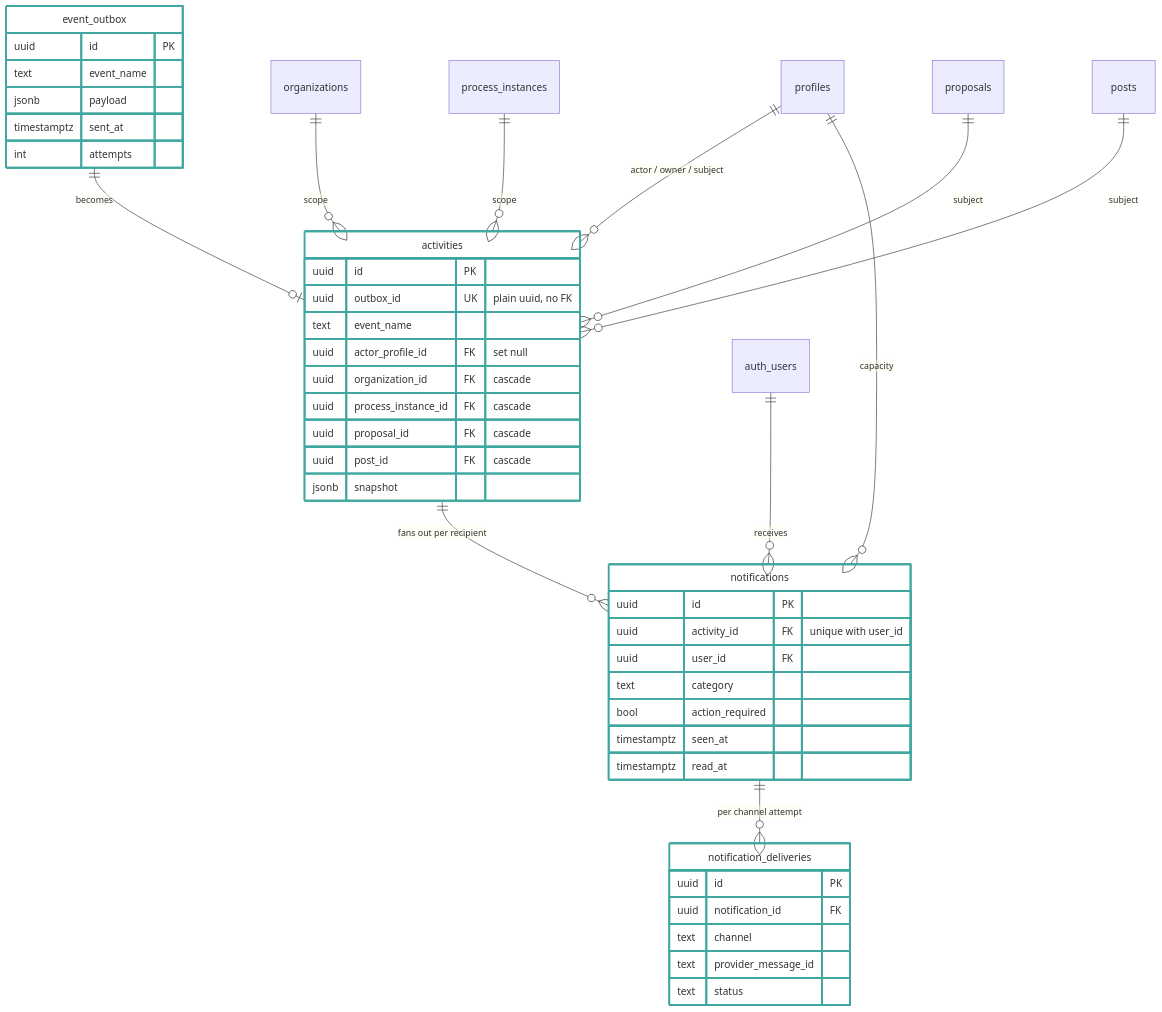
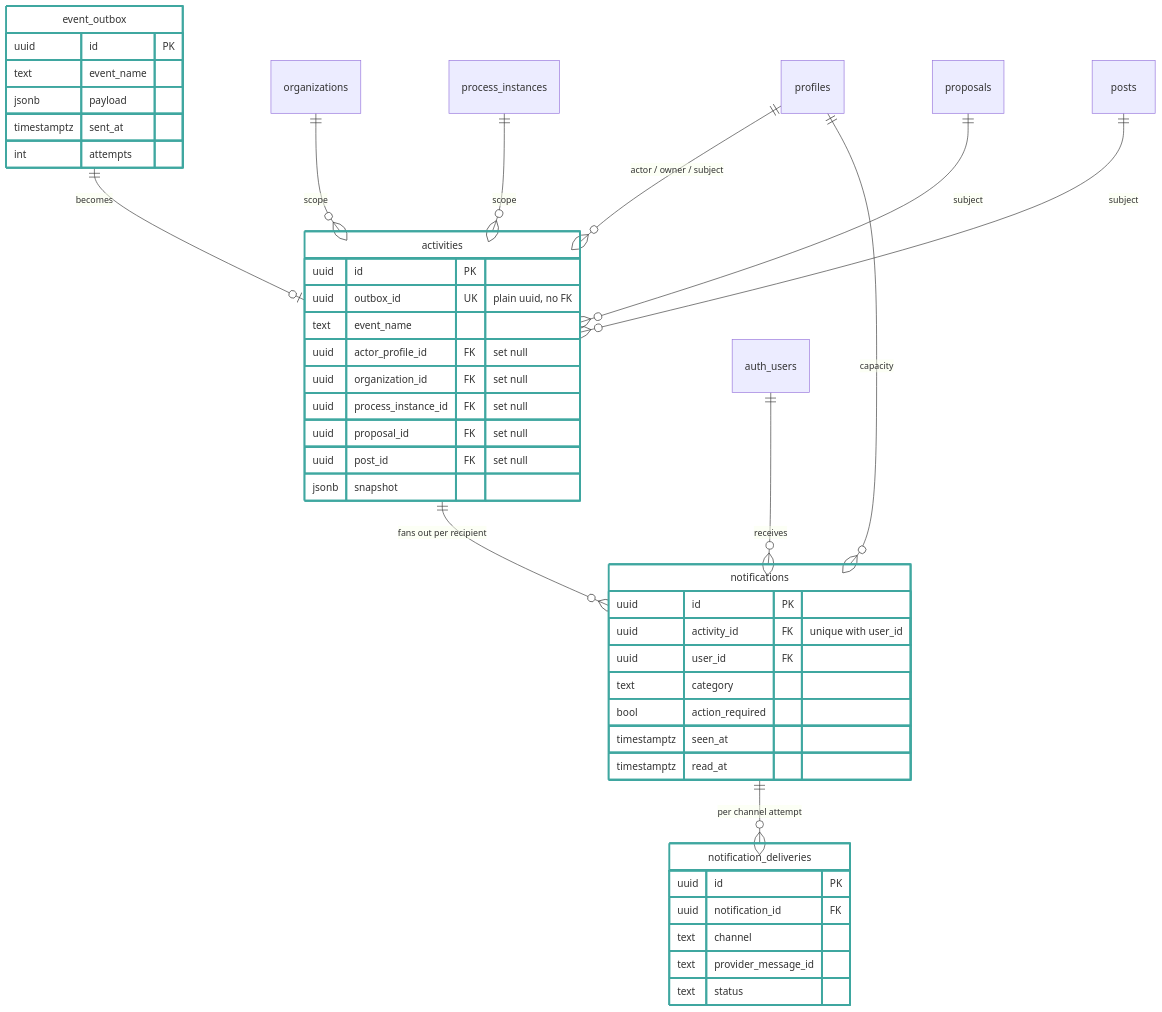
One commit to oneprojectorg/common changed the first of 2 diagrams in docs/adr/0023-store-notifications-behind-a-transactional-outbox.md. Above: the diagram before and after it, drawn with Mermaid. The commit also changed other lines of this file and 3 other files, not shown here.

````diff
--- a/docs/adr/0023-store-notifications-behind-a-transactional-outbox.md
+++ b/docs/adr/0023-store-notifications-behind-a-transactional-outbox.md
@@ -57,51 +57,51 @@
 ```mermaid
 erDiagram
   event_outbox {
     uuid id PK
     text event_name
     jsonb payload
     timestamptz sent_at
     int attempts
   }
   activities {
     uuid id PK
     uuid outbox_id UK "plain uuid, no FK"
     text event_name
     uuid actor_profile_id FK "set null"
-    uuid organization_id FK "cascade"
-    uuid process_instance_id FK "cascade"
-    uuid proposal_id FK "cascade"
-    uuid post_id FK "cascade"
+    uuid organization_id FK "set null"
+    uuid process_instance_id FK "set null"
+    uuid proposal_id FK "set null"
+    uuid post_id FK "set null"
     jsonb snapshot
   }
   notifications {
     uuid id PK
     uuid activity_id FK "unique with user_id"
     uuid user_id FK
     text category
     bool action_required
     timestamptz seen_at
     timestamptz read_at
   }
   notification_deliveries {
     uuid id PK
     uuid notification_id FK
     text channel
     text provider_message_id
     text status
   }
 
   event_outbox ||--o| activities : becomes
   activities ||--o{ notifications : "fans out per recipient"
   notifications ||--o{ notification_deliveries : "per channel attempt"
   profiles ||--o{ activities : "actor / owner / subject"
   organizations ||--o{ activities : scope
   process_instances ||--o{ activities : scope
   proposals ||--o{ activities : subject
   posts ||--o{ activities : subject
   auth_users ||--o{ notifications : receives
   profiles ||--o{ notifications : capacity
 
   classDef newTable fill:none,stroke:#3FA7A0,stroke-width:3px
   class event_outbox,activities,notifications,notification_deliveries newTable
 ```
````
